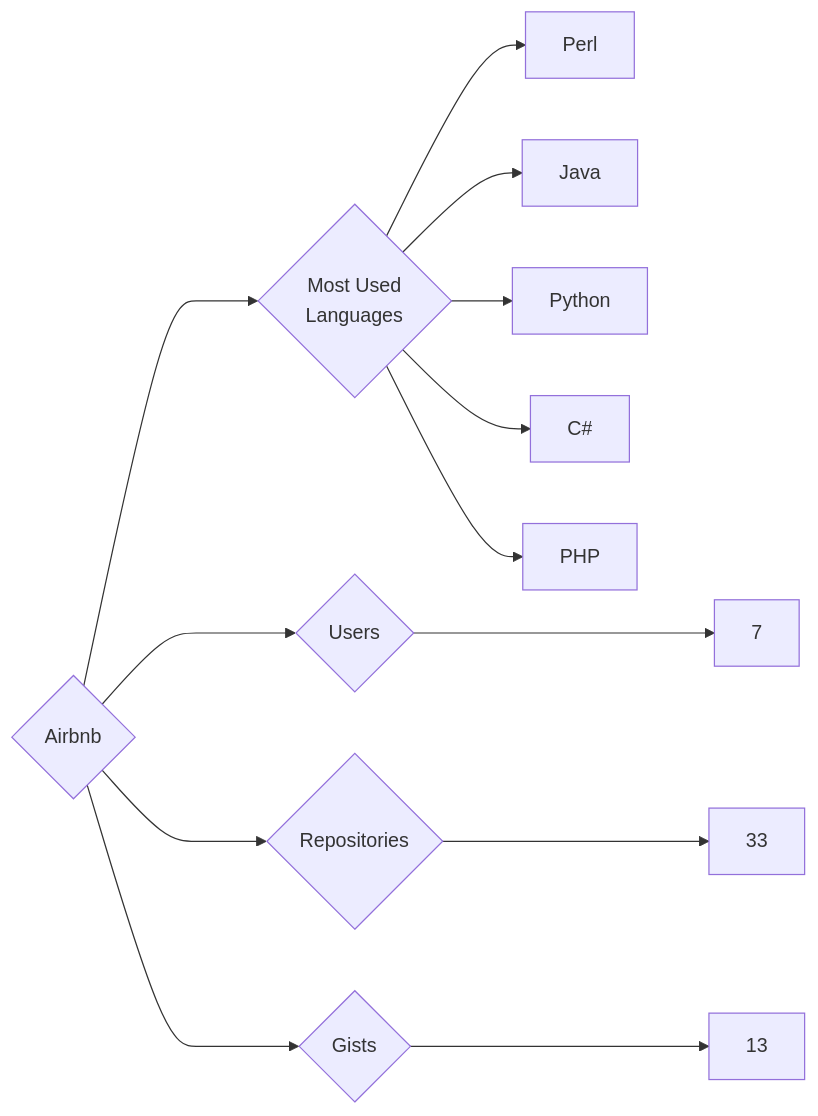
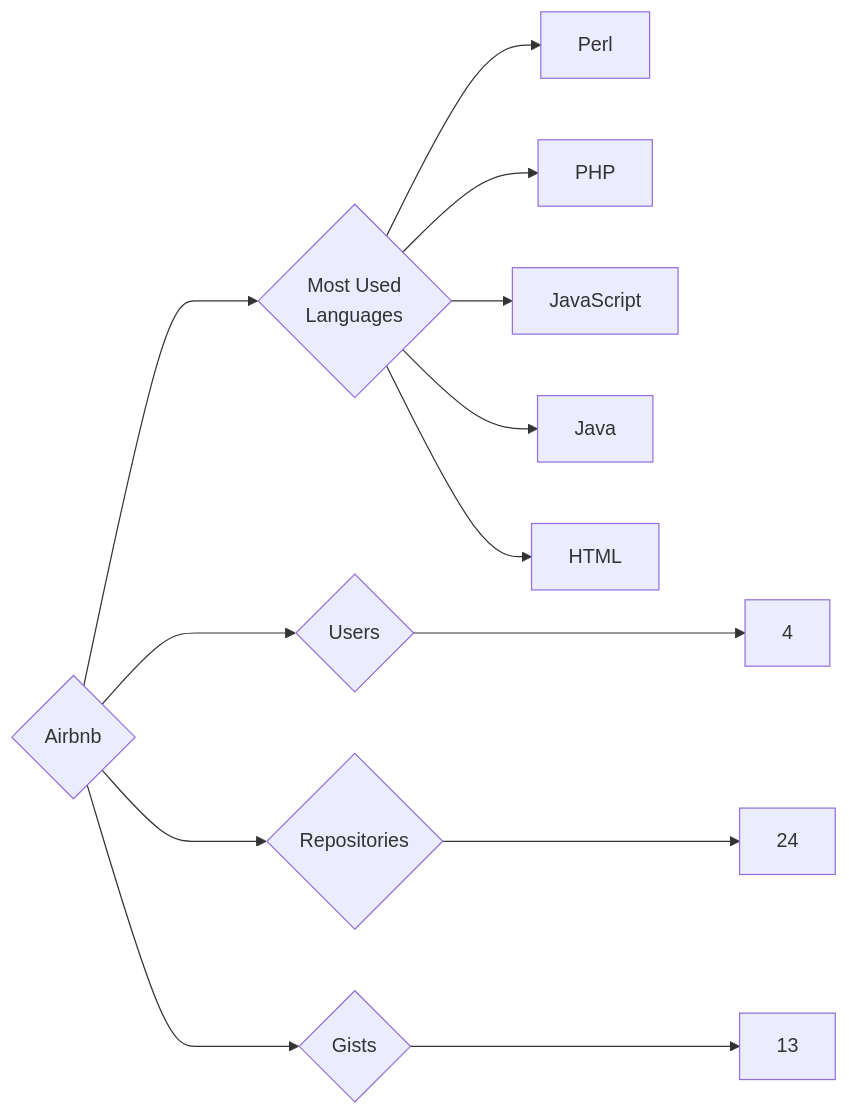
Before and after one commit to trickest/insiders: the diagram in targets/Airbnb/README.md, drawn with Mermaid. The commit also changed 618 other files, not shown here.

````diff
--- a/targets/Airbnb/README.md
+++ b/targets/Airbnb/README.md
@@ -3,13 +3,13 @@
 ```mermaid
 graph LR
 COMPANY_NAME{Airbnb}
-COMPANY_NAME ---> U{Users} ---> UN[7]
-COMPANY_NAME ---> R{Repositories} ---> RN[33]
+COMPANY_NAME ---> U{Users} ---> UN[4]
+COMPANY_NAME ---> R{Repositories} ---> RN[24]
 COMPANY_NAME ---> G{Gists} ---> GN[13]
 COMPANY_NAME ---> ML{Most Used<br>Languages}
 ML --> Perl[Perl]
+ML --> PHP[PHP]
+ML --> JavaScript[JavaScript]
 ML --> Java[Java]
-ML --> Python[Python]
-ML --> C#[C#]
-ML --> PHP[PHP]
+ML --> HTML[HTML]
 ```
````
